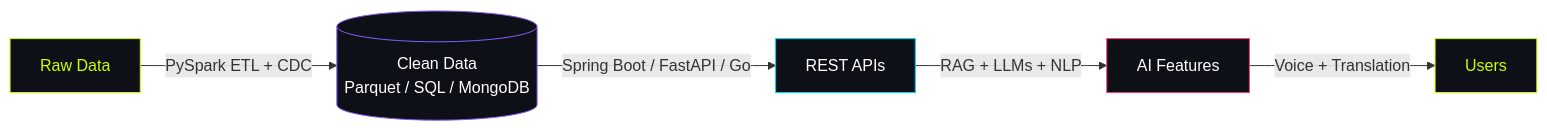
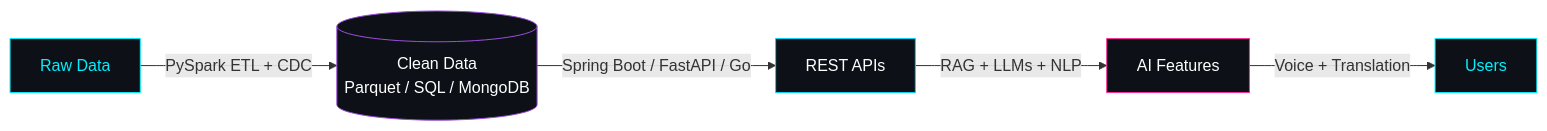
One commit to DEBANSH12/DEBANSH12 changed the diagram in README.md. Above: the diagram before and after it, drawn with Mermaid. The commit also changed other lines of this file, not shown here.

````diff
--- a/README.md
+++ b/README.md
@@ -233,12 +247,12 @@
 ```mermaid
 flowchart LR
     A[Raw Data] -->|PySpark ETL + CDC| B[(Clean Data<br/>Parquet / SQL / MongoDB)]
     B -->|Spring Boot / FastAPI / Go| C[REST APIs]
     C -->|RAG + LLMs + NLP| D[AI Features]
     D -->|Voice + Translation| E[Users]
-    style A fill:#0D1117,stroke:#CCFF00,color:#CCFF00
-    style B fill:#0D1117,stroke:#8B5CF6,color:#fff
+    style A fill:#0D1117,stroke:#00F0FF,color:#00F0FF
+    style B fill:#0D1117,stroke:#9D4EDD,color:#fff
     style C fill:#0D1117,stroke:#00D9FF,color:#fff
-    style D fill:#0D1117,stroke:#FF3D81,color:#fff
-    style E fill:#0D1117,stroke:#CCFF00,color:#CCFF00
+    style D fill:#0D1117,stroke:#FF2E97,color:#fff
+    style E fill:#0D1117,stroke:#00F0FF,color:#00F0FF
 ```
````
